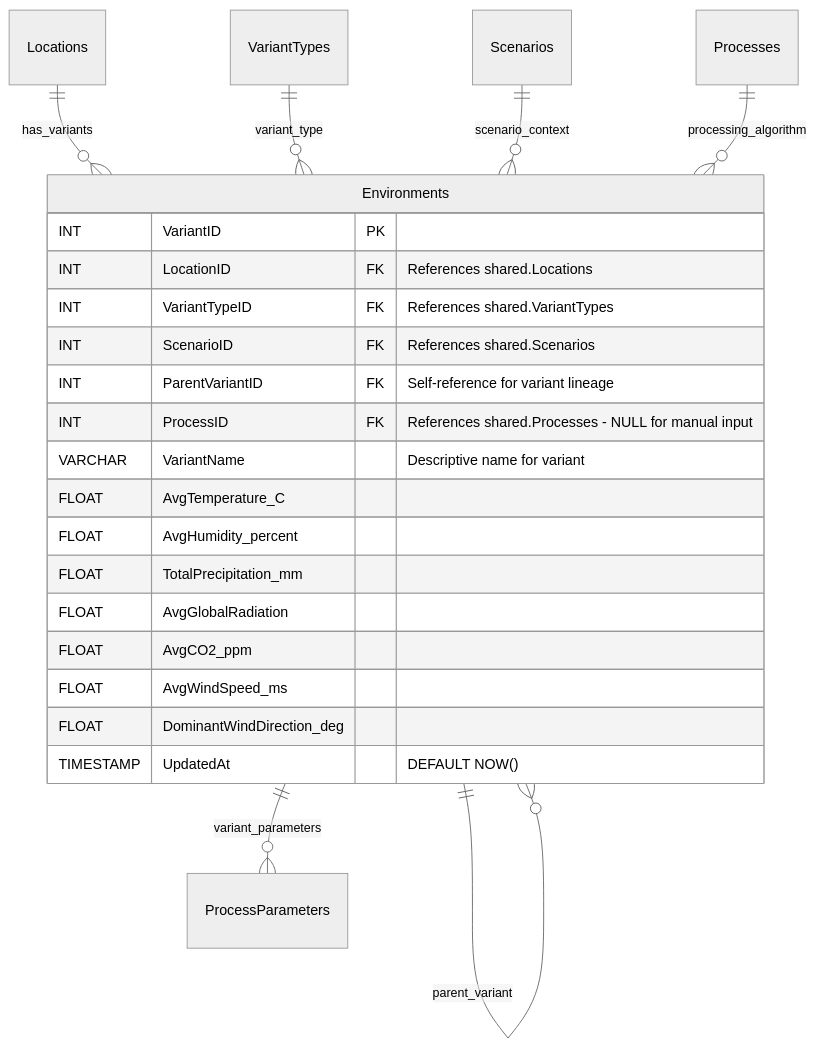
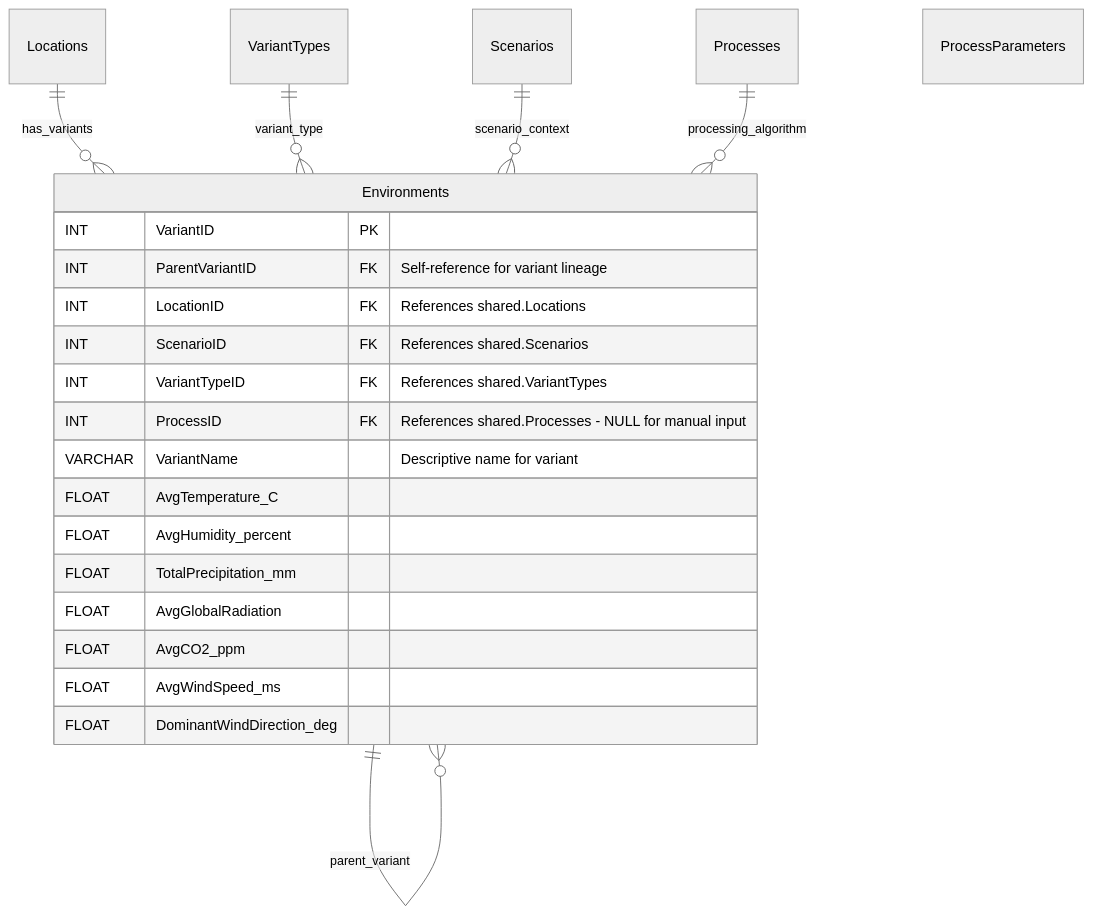
The tenth of 10 diagrams in docs/architecture/database.md (XRFutureForests/digital-twin-db), drawn with Mermaid before and after one commit. The commit also changed other lines of this file and 5 other files, not shown here.

````diff
--- a/docs/architecture/database.md
+++ b/docs/architecture/database.md
@@ -461,36 +531,34 @@
 ```mermaid
 %%{init: {
   "theme": "neutral"
 }}%%
 erDiagram
     Locations
     VariantTypes
     Scenarios
     Processes
     ProcessParameters
 
     Environments {
         INT VariantID PK
+        INT ParentVariantID FK "Self-reference for variant lineage"
         INT LocationID FK "References shared.Locations"
+        INT ScenarioID FK "References shared.Scenarios"
         INT VariantTypeID FK "References shared.VariantTypes"
-        INT ScenarioID FK "References shared.Scenarios"
-        INT ParentVariantID FK "Self-reference for variant lineage"
         INT ProcessID FK "References shared.Processes - NULL for manual input"
         VARCHAR VariantName "Descriptive name for variant"
         FLOAT AvgTemperature_C
         FLOAT AvgHumidity_percent
         FLOAT TotalPrecipitation_mm
         FLOAT AvgGlobalRadiation
         FLOAT AvgCO2_ppm
         FLOAT AvgWindSpeed_ms
         FLOAT DominantWindDirection_deg
-        TIMESTAMP UpdatedAt "DEFAULT NOW()"
     }
 
     Locations ||--o{ Environments : has_variants
     VariantTypes ||--o{ Environments : variant_type
     Scenarios ||--o{ Environments : scenario_context
     Processes ||--o{ Environments : processing_algorithm
     Environments ||--o{ Environments : parent_variant
-    Environments ||--o{ ProcessParameters : variant_parameters
 ```
````
